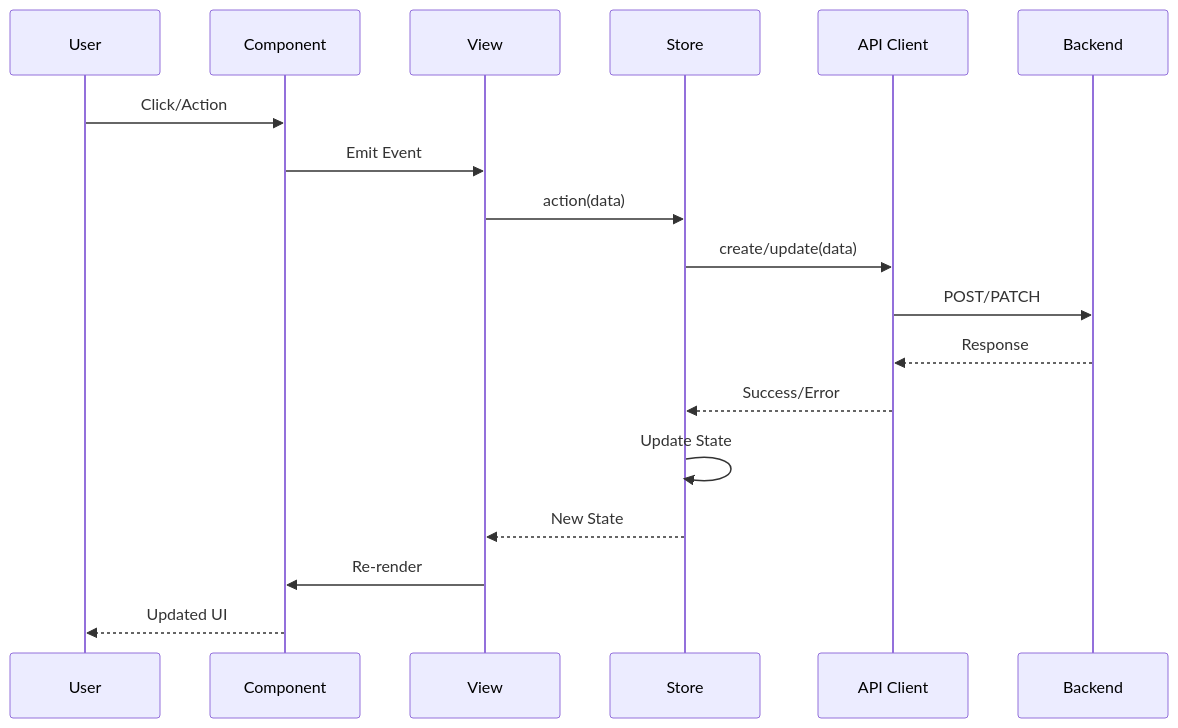
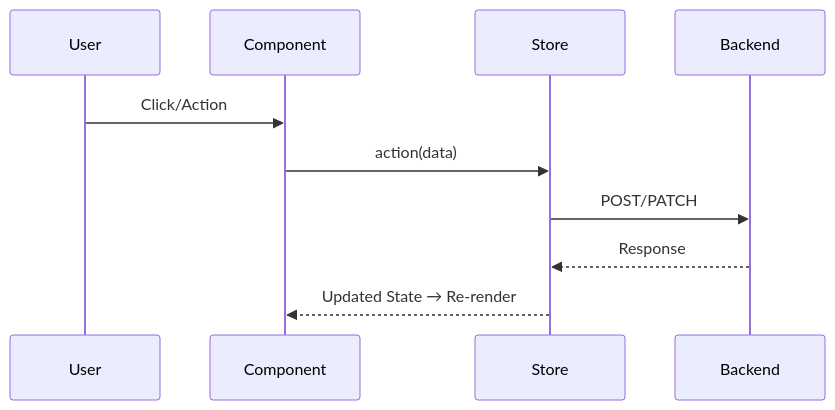
One commit to fabian-martinez/collaborative-saving changed the third of 3 diagrams in docs/frontend/ARCHITECTURE.md. Above: the diagram before and after it, drawn with Mermaid. The commit also changed other lines of this file and 16 other files, not shown here.

````diff
--- a/docs/frontend/ARCHITECTURE.md
+++ b/docs/frontend/ARCHITECTURE.md
@@ -97,21 +73,13 @@
 ```mermaid
 sequenceDiagram
     participant U as User
     participant C as Component
-    participant V as View
     participant S as Store
-    participant A as API Client
     participant B as Backend
     
     U->>C: Click/Action
-    C->>V: Emit Event
-    V->>S: action(data)
-    S->>A: create/update(data)
-    A->>B: POST/PATCH
-    B-->>A: Response
-    A-->>S: Success/Error
-    S->>S: Update State
-    S-->>V: New State
-    V->>C: Re-render
-    C-->>U: Updated UI
+    C->>S: action(data)
+    S->>B: POST/PATCH
+    B-->>S: Response
+    S-->>C: Updated State → Re-render
 ```
````
